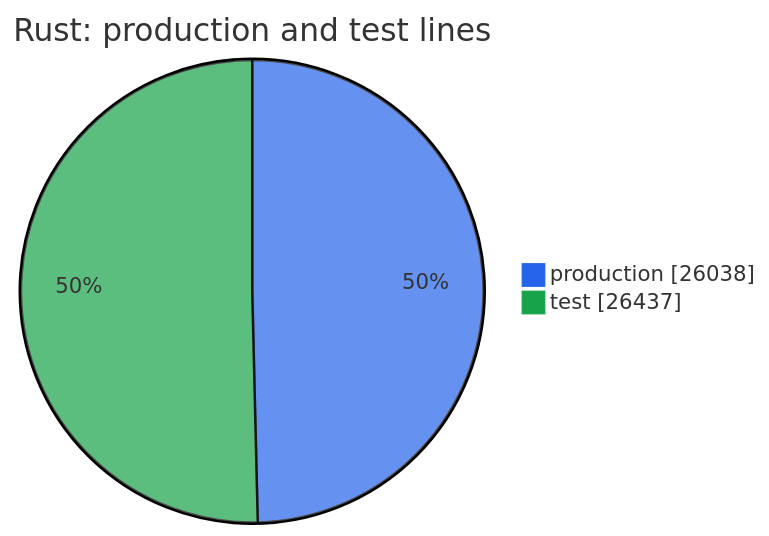
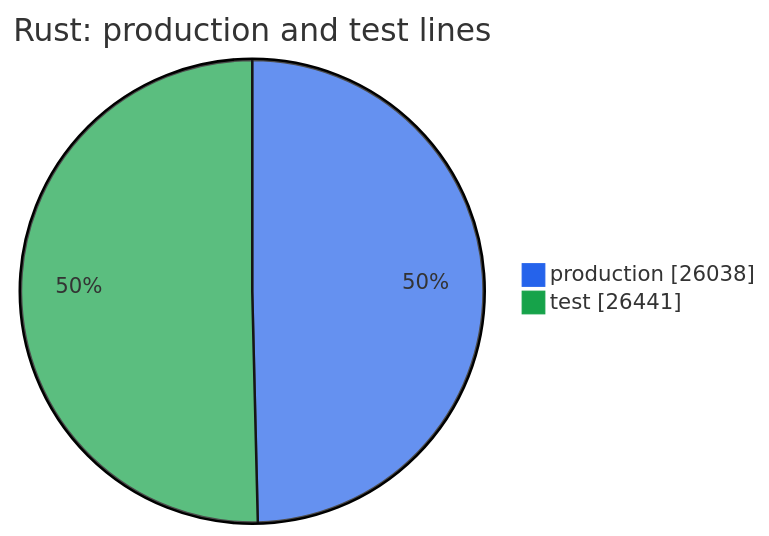
One commit to thomascherickal/ferrum-gpu changed the second of 2 diagrams in metrics.md. Above: the diagram before and after it, drawn with Mermaid. The commit also changed other lines of this file and 8 other files, not shown here.

````diff
--- a/metrics.md
+++ b/metrics.md
@@ -35,6 +35,6 @@
 ```mermaid
 %%{init: {"theme": "base", "themeVariables": {"pie1": "#2563eb", "pie2": "#16a34a", "pie3": "#d97706", "pie4": "#db2777", "pie5": "#7c3aed", "pie6": "#0891b2", "pie7": "#65a30d", "pie8": "#dc2626"}}}%%
 pie showData title Rust: production and test lines
     "production" : 26038
-    "test" : 26437
+    "test" : 26441
 ```
````
